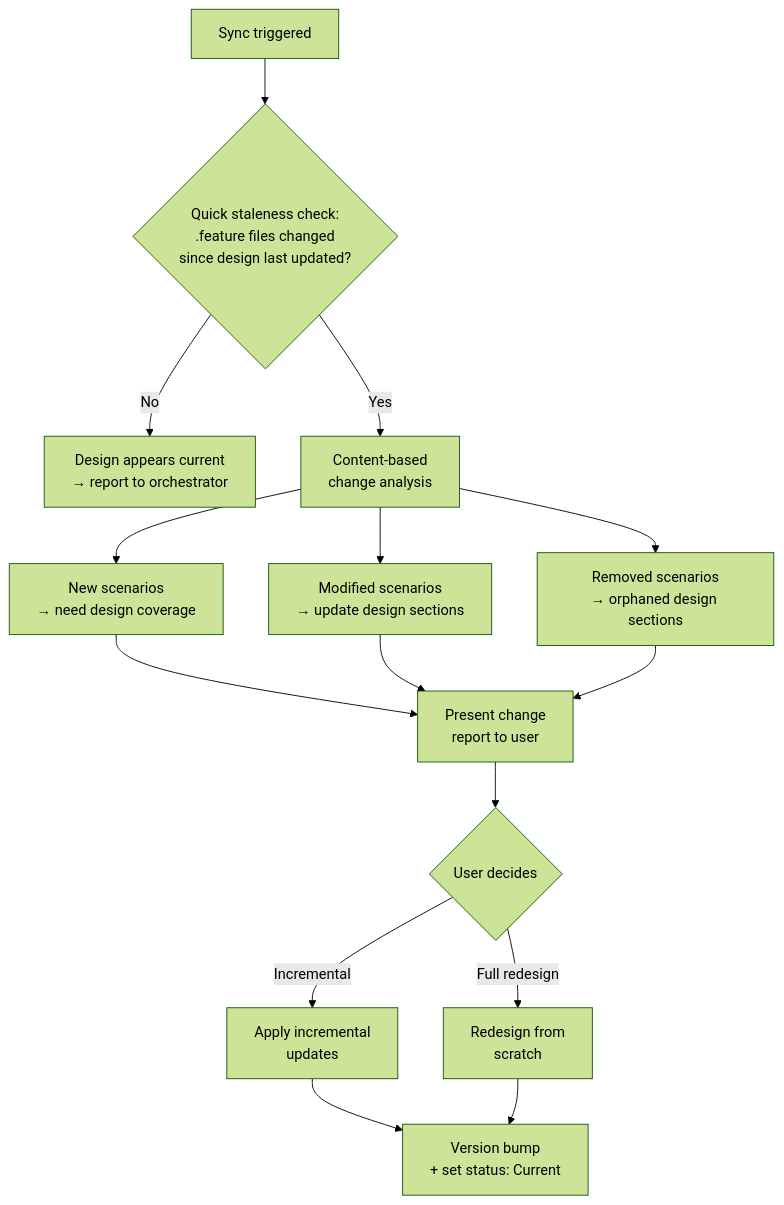
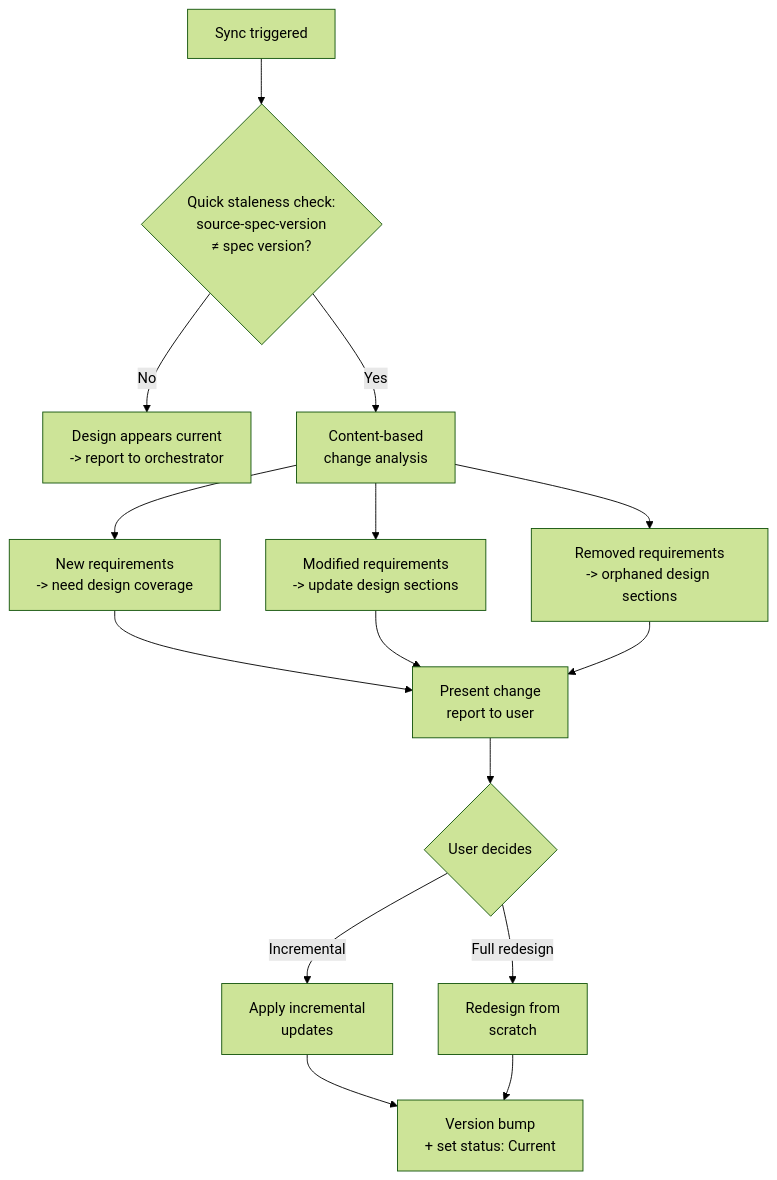
One commit to provenimpact/proven-capability changed the second of 2 diagrams in skills/needs-design/SKILL.md. Above: the diagram before and after it, drawn with Mermaid (forest theme). The commit also changed other lines of this file and 20 other files, not shown here.

````diff
--- a/skills/needs-design/SKILL.md
+++ b/skills/needs-design/SKILL.md
@@ -274,22 +274,22 @@
 ```mermaid
 flowchart TD
-    START["Sync triggered"] --> STALE{"Quick staleness check:<br/>.feature files changed<br/>since design last updated?"}
+    START["Sync triggered"] --> STALE{"Quick staleness check:<br/>source-spec-version<br/>≠ spec version?"}
 
-    STALE -->|No| CURRENT["Design appears current<br/>→ report to orchestrator"]
+    STALE -->|No| CURRENT["Design appears current<br/>-> report to orchestrator"]
     STALE -->|Yes| DIFF["Content-based<br/>change analysis"]
 
-    DIFF --> NEW["New scenarios<br/>→ need design coverage"]
-    DIFF --> MOD["Modified scenarios<br/>→ update design sections"]
-    DIFF --> REM["Removed scenarios<br/>→ orphaned design sections"]
+    DIFF --> NEW["New requirements<br/>-> need design coverage"]
+    DIFF --> MOD["Modified requirements<br/>-> update design sections"]
+    DIFF --> REM["Removed requirements<br/>-> orphaned design sections"]
 
     NEW --> REPORT["Present change<br/>report to user"]
     MOD --> REPORT
     REM --> REPORT
 
     REPORT --> DECIDE{"User decides"}
     DECIDE -->|Incremental| INCR["Apply incremental<br/>updates"]
     DECIDE -->|Full redesign| FULL["Redesign from<br/>scratch"]
 
     INCR --> BUMP["Version bump<br/>+ set status: Current"]
     FULL --> BUMP
 ```
````
